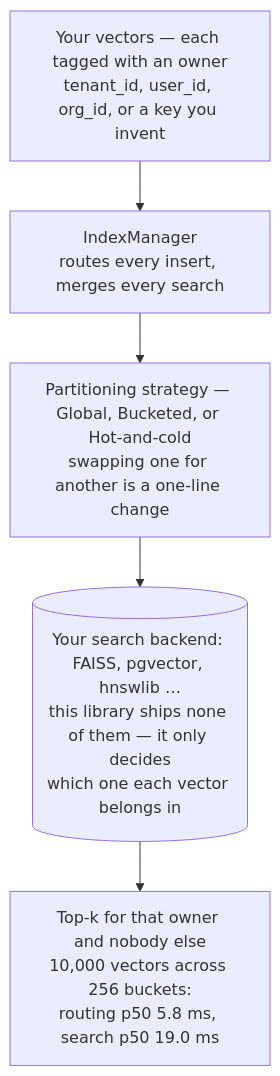
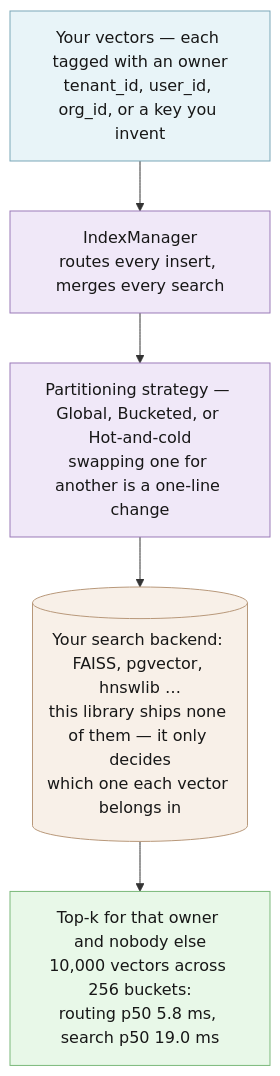
One commit to hseshadr/edgeproc-core changed the diagram in README.md. Above: the diagram before and after it, drawn with Mermaid. The commit also changed other lines of this file and 6 other files, not shown here.

````diff
--- a/README.md
+++ b/README.md
@@ -39,9 +79,18 @@
 ```mermaid
 flowchart TD
     V["Your vectors — each tagged with an owner<br/>tenant_id, user_id, org_id, or a key you invent"]
     M["IndexManager<br/>routes every insert, merges every search"]
     S["Partitioning strategy — Global, Bucketed, or Hot-and-cold<br/>swapping one for another is a one-line change"]
     B[("Your search backend: FAISS, pgvector, hnswlib …<br/>this library ships none of them — it only decides<br/>which one each vector belongs in")]
     R["Top-k for that owner and nobody else<br/>10,000 vectors across 256 buckets:<br/>routing p50 5.8 ms, search p50 19.0 ms"]
     V --> M --> S --> B --> R
+
+    classDef blue fill:#e8f4f8,stroke:#7aa7b8,color:#171717
+    classDef purple fill:#f0e8f8,stroke:#9a7ab8,color:#171717
+    classDef orange fill:#f8f0e8,stroke:#b8987a,color:#171717
+    classDef green fill:#e8f8e8,stroke:#7ab87a,color:#171717
+    class V blue
+    class M,S purple
+    class B orange
+    class R green
 ```
````
